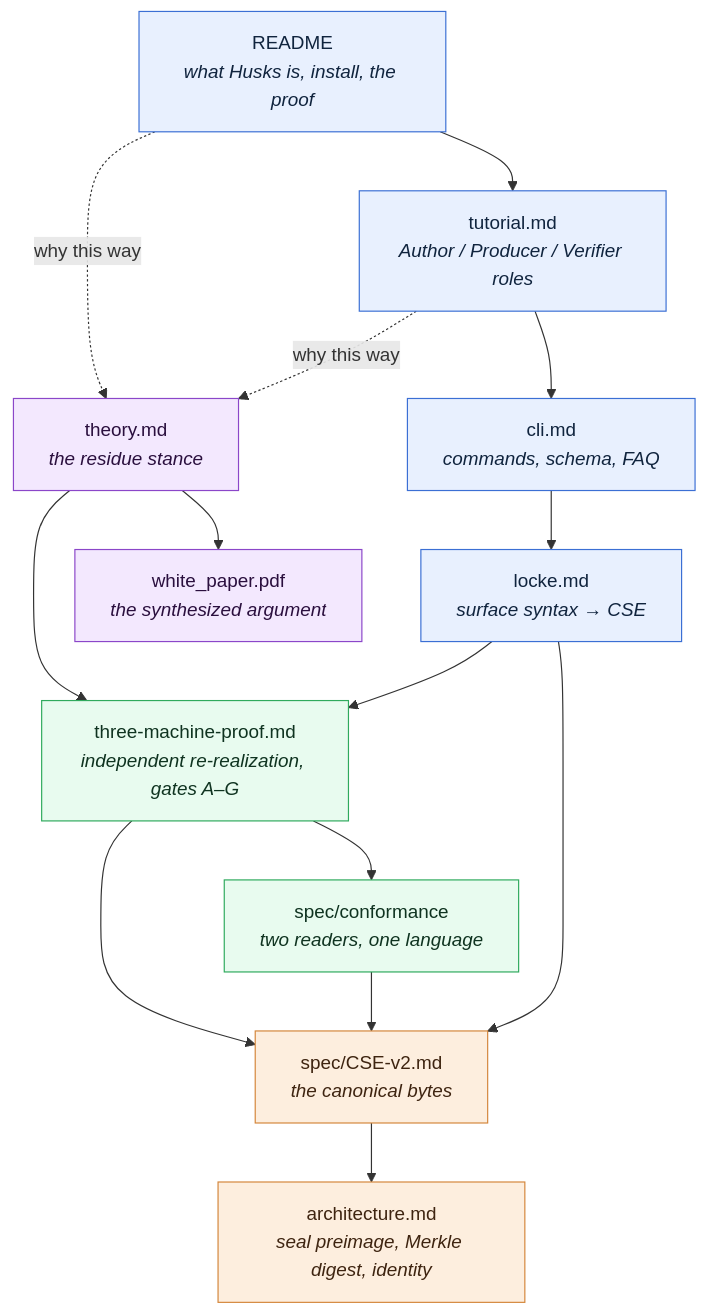
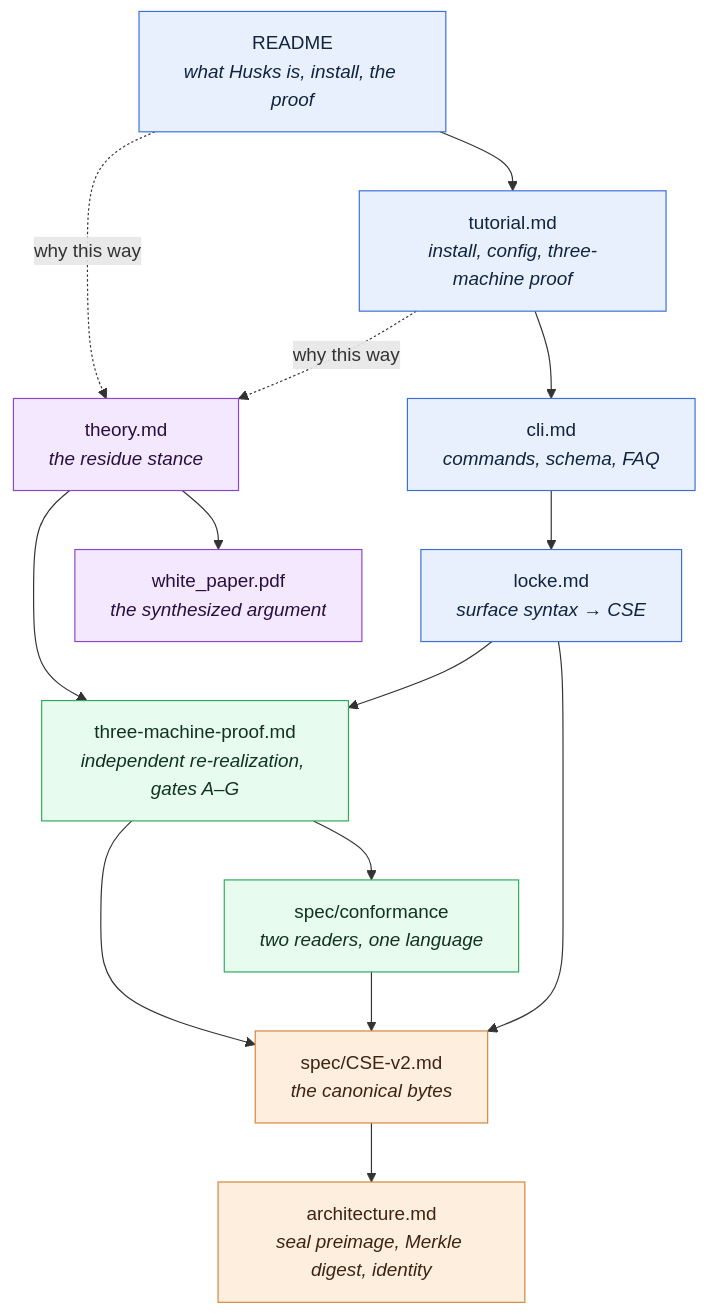
The diagram in docs/README.md (rz4/Husks), drawn with Mermaid before and after one commit. The commit also changed other lines of this file and 10 other files, not shown here.

````diff
--- a/docs/README.md
+++ b/docs/README.md
@@ -27,33 +27,33 @@
 ```mermaid
 flowchart TD
     classDef surface fill:#e8f0fe,stroke:#3b6fd4,color:#10243e;
     classDef philos  fill:#f3e8fe,stroke:#8b46c9,color:#2a0f3e;
     classDef science fill:#e8fbef,stroke:#2faa5d,color:#0f3320;
     classDef formal  fill:#fdeede,stroke:#d4863b,color:#3e2410;
 
     FRONT["README<br/><i>what Husks is, install, the proof</i>"]:::surface
-    TUT["tutorial.md<br/><i>Author / Producer / Verifier roles</i>"]:::surface
+    TUT["tutorial.md<br/><i>install, config, three-machine proof</i>"]:::surface
     CLI["cli.md<br/><i>commands, schema, FAQ</i>"]:::surface
     LOCKE["locke.md<br/><i>surface syntax → CSE</i>"]:::surface
 
     STANCE["theory.md<br/><i>the residue stance</i>"]:::philos
     WP["white_paper.pdf<br/><i>the synthesized argument</i>"]:::philos
 
     PROOF["three-machine-proof.md<br/><i>independent re-realization, gates A–G</i>"]:::science
     CONF["spec/conformance<br/><i>two readers, one language</i>"]:::science
 
     CSE["spec/CSE-v2.md<br/><i>the canonical bytes</i>"]:::formal
     SEAL["architecture.md<br/><i>seal preimage, Merkle digest, identity</i>"]:::formal
 
     FRONT --> TUT --> CLI --> LOCKE
     FRONT -. "why this way" .-> STANCE
     TUT  -. "why this way" .-> STANCE
     STANCE --> WP
     STANCE --> PROOF
     LOCKE --> PROOF
     PROOF --> CONF
     PROOF --> CSE
     CONF  --> CSE
     LOCKE --> CSE
     CSE --> SEAL
 ```
````
